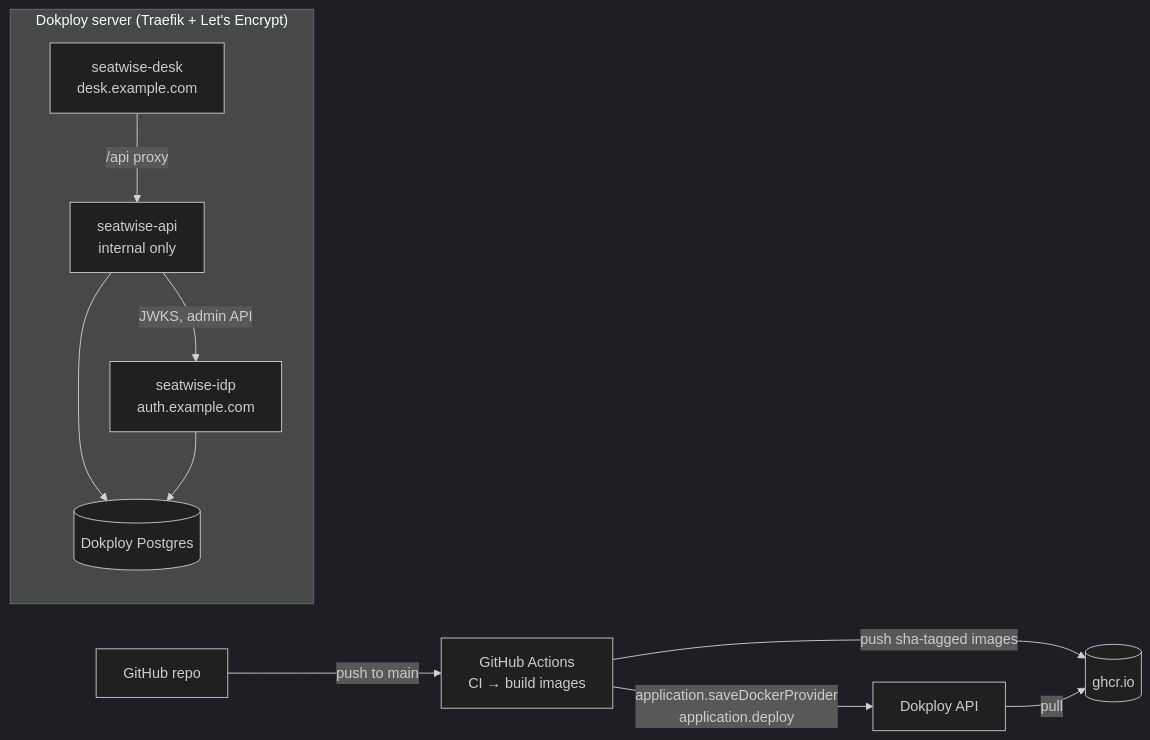
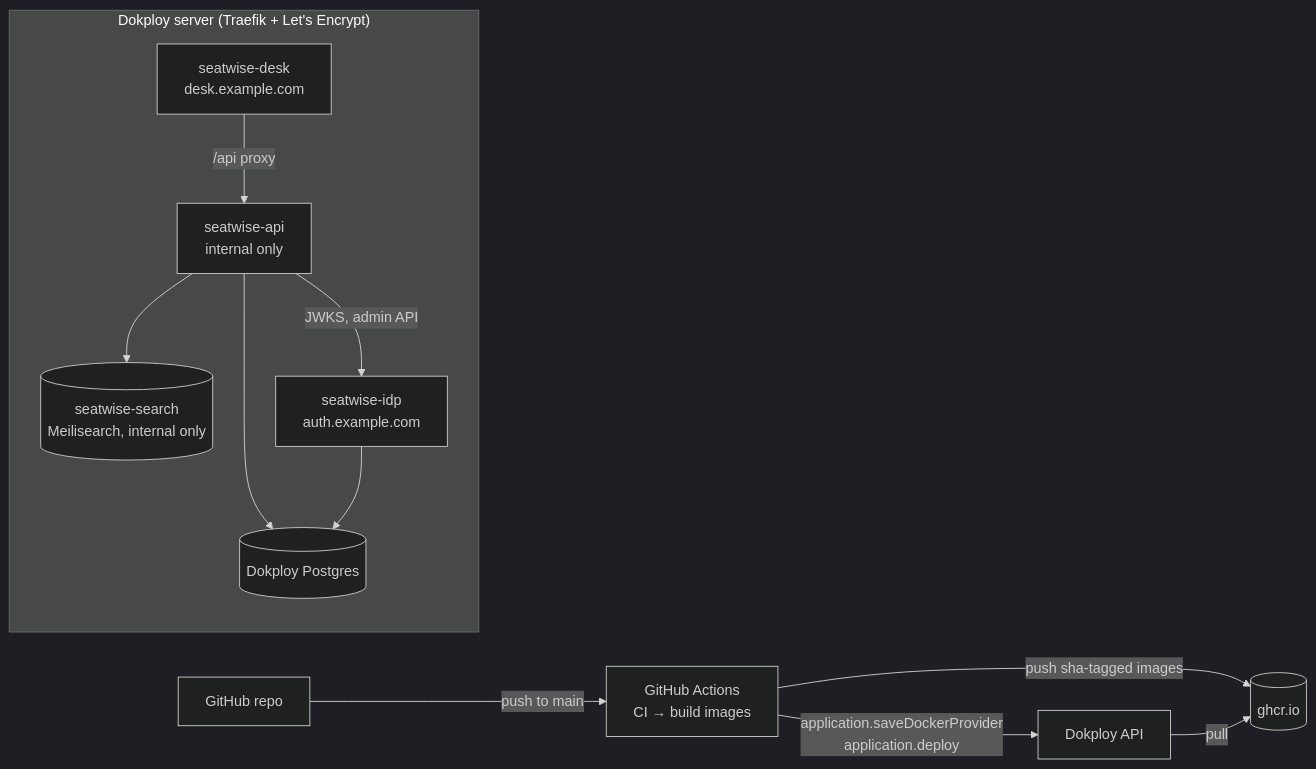
The fourth of 4 diagrams in docs/architecture.md (ayeshdev/seatwise), drawn with Mermaid (dark theme) before and after one commit. The commit also changed other lines of this file and 14 other files, not shown here.

````diff
--- a/docs/architecture.md
+++ b/docs/architecture.md
@@ -548,17 +709,19 @@
 ```mermaid
 flowchart LR
     GH[GitHub repo] -->|push to main| GA[GitHub Actions<br/>CI → build images]
     GA -->|push sha-tagged images| GHCR[(ghcr.io)]
     GA -->|application.saveDockerProvider<br/>application.deploy| DK[Dokploy API]
     DK -->|pull| GHCR
     subgraph Server["Dokploy server (Traefik + Let's Encrypt)"]
         DESKP[seatwise-desk<br/>desk.example.com]
         APIP[seatwise-api<br/>internal only]
         IDPP[seatwise-idp<br/>auth.example.com]
         PG[(Dokploy Postgres)]
+        MSP[(seatwise-search<br/>Meilisearch, internal only)]
     end
     DESKP -->|/api proxy| APIP
     APIP --> PG
+    APIP --> MSP
     IDPP --> PG
     APIP -->|JWKS, admin API| IDPP
 ```
````
